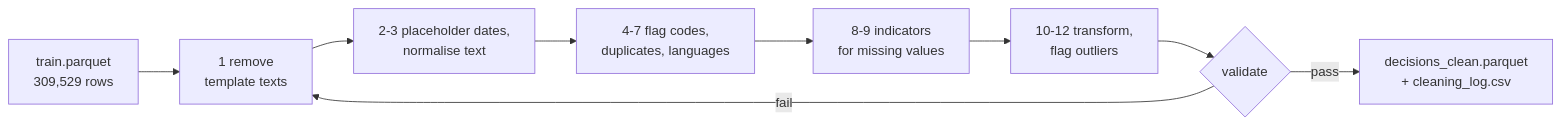
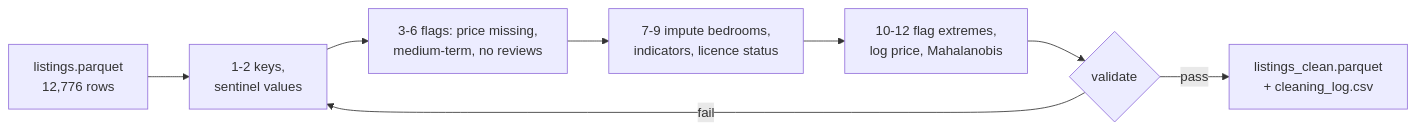
The first of 3 diagrams in sessions/04-data-quality/theory/03-multivariate-outliers-transformations-pipeline.md (khoadaniel/statistical-programming-mpmd-htw-ws-2026), drawn with Mermaid before and after one commit. The commit also changed other lines of this file and 106 other files, not shown here.

````diff
--- a/sessions/04-data-quality/theory/03-multivariate-outliers-transformations-pipeline.md
+++ b/sessions/04-data-quality/theory/03-multivariate-outliers-transformations-pipeline.md
@@ -5,11 +5,10 @@
 ```mermaid
 flowchart LR
-    RAW["train.parquet<br/>309,529 rows"] --> S1["1 remove<br/>template texts"]
-    S1 --> S2["2-3 placeholder dates,<br/>normalise text"]
-    S2 --> S3["4-7 flag codes,<br/>duplicates, languages"]
-    S3 --> S4["8-9 indicators<br/>for missing values"]
-    S4 --> S5["10-12 transform,<br/>flag outliers"]
-    S5 --> V{"validate"}
-    V -->|pass| OUT["decisions_clean.parquet<br/>+ cleaning_log.csv"]
+    RAW["listings.parquet<br/>12,776 rows"] --> S1["1-2 keys,<br/>sentinel values"]
+    S1 --> S2["3-6 flags: price missing,<br/>medium-term, no reviews"]
+    S2 --> S3["7-9 impute bedrooms,<br/>indicators, licence status"]
+    S3 --> S4["10-12 flag extremes,<br/>log price, Mahalanobis"]
+    S4 --> V{"validate"}
+    V -->|pass| OUT["listings_clean.parquet<br/>+ cleaning_log.csv"]
     V -->|fail| S1
 ```
````
